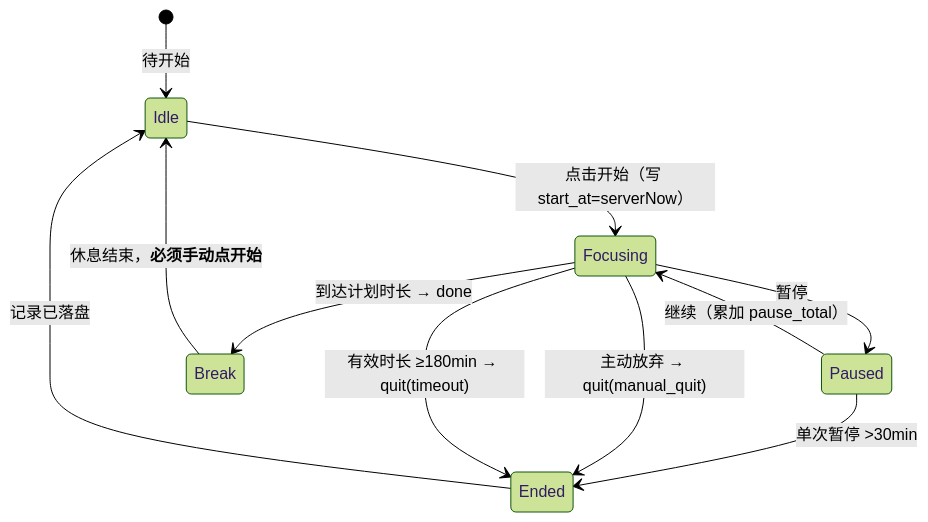
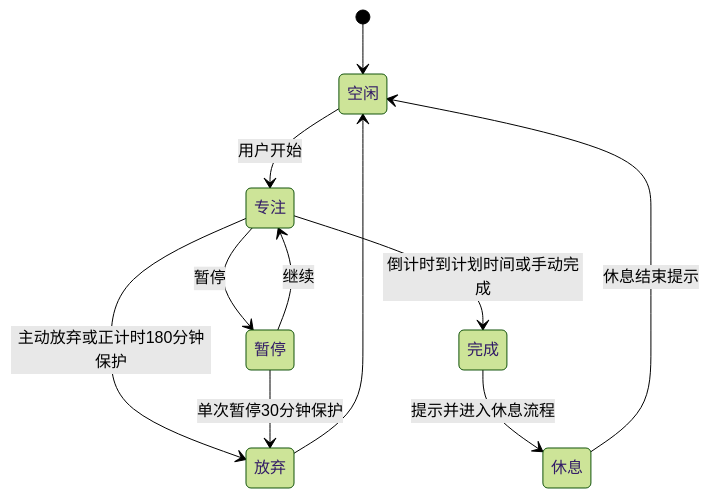
One commit to 2667598938/yanshi changed the first of 2 diagrams in docs/design-2026-10-25/05-FLOW-核心流程时序图.md. Above: the diagram before and after it, drawn with Mermaid (forest theme). The commit also changed other lines of this file and 21 other files, not shown here.

````diff
--- a/docs/design-2026-10-25/05-FLOW-核心流程时序图.md
+++ b/docs/design-2026-10-25/05-FLOW-核心流程时序图.md
@@ -58,13 +11,13 @@
 ```mermaid
 stateDiagram-v2
-    [*] --> Idle: 待开始
-    Idle --> Focusing: 点击开始（写 start_at=serverNow）
-    Focusing --> Paused: 暂停
-    Paused --> Focusing: 继续（累加 pause_total）
-    Paused --> Ended: 单次暂停 >30min
-    Focusing --> Break: 到达计划时长 → done
-    Focusing --> Ended: 主动放弃 → quit(manual_quit)
-    Focusing --> Ended: 有效时长 ≥180min → quit(timeout)
-    Break --> Idle: 休息结束，**必须手动点开始**
-    Ended --> Idle: 记录已落盘
+ [*] --> 空闲
+ 空闲 --> 专注: 用户开始
+ 专注 --> 暂停: 暂停
+ 暂停 --> 专注: 继续
+ 专注 --> 完成: 倒计时到计划时间或手动完成
+ 专注 --> 放弃: 主动放弃或正计时180分钟保护
+ 暂停 --> 放弃: 单次暂停30分钟保护
+ 完成 --> 休息: 提示并进入休息流程
+ 休息 --> 空闲: 休息结束提示
+ 放弃 --> 空闲
 ```
````
